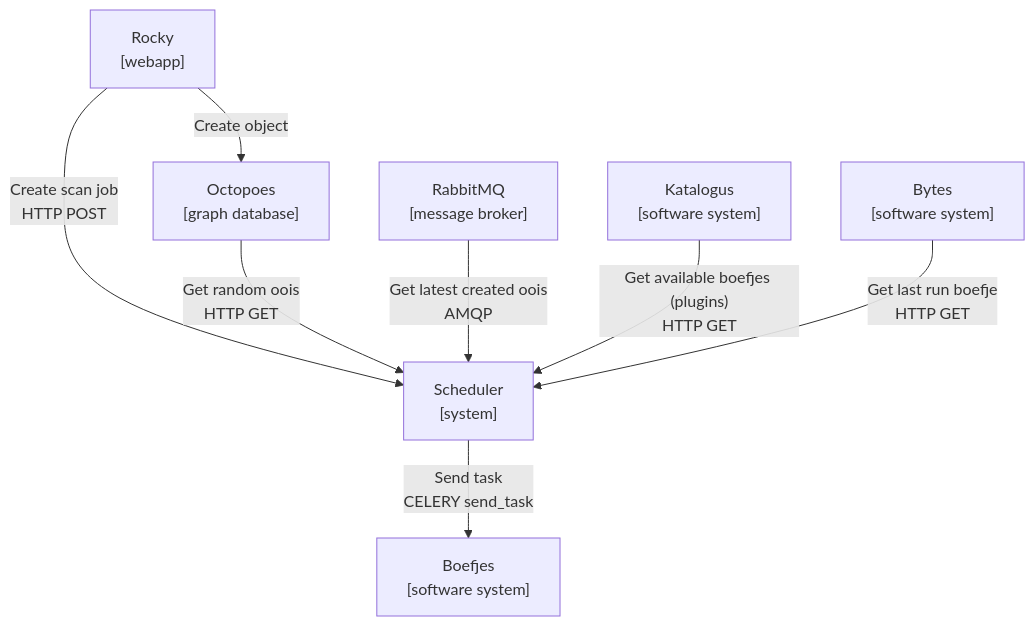
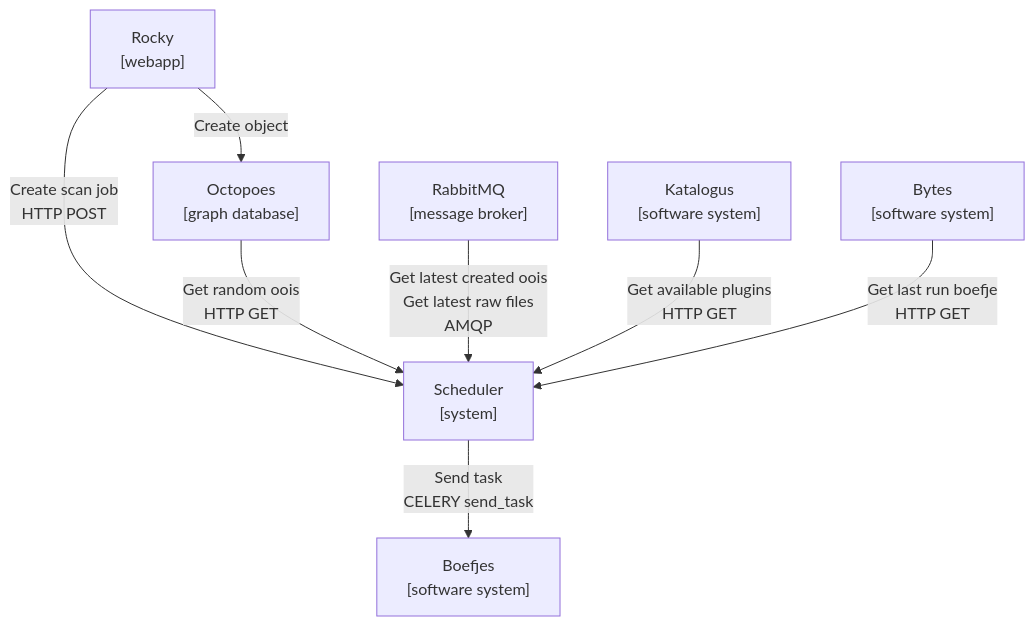
Before and after one commit to minvws/nl-kat-mula: the first of 3 diagrams in docs/design.md, drawn with Mermaid. The commit also changed other lines of this file and 1 other file, not shown here.

````diff
--- a/docs/design.md
+++ b/docs/design.md
@@ -38,23 +38,23 @@
 ```mermaid
 graph TB
     
     Rocky["Rocky<br/>[webapp]"]
     Octopoes["Octopoes<br/>[graph database]"]
     Katalogus["Katalogus<br/>[software system]"]
     Bytes["Bytes<br/>[software system]"]
     Boefjes["Boefjes<br/>[software system]"]
     Scheduler["Scheduler<br/>[system]"]
     RabbitMQ["RabbitMQ<br/>[message broker]"]
 
     Rocky--"Create object"-->Octopoes
     Rocky--"Create scan job<br/>HTTP POST"--->Scheduler
 
     Octopoes--"Get random oois<br/>HTTP GET"-->Scheduler
 
-    RabbitMQ--"Get latest created oois<br/>AMQP"-->Scheduler
+    RabbitMQ--"Get latest created oois<br/>Get latest raw files<br/>AMQP"-->Scheduler
 
-    Katalogus--"Get available boefjes (plugins)<br/>HTTP GET"-->Scheduler
+    Katalogus--"Get available plugins<br/>HTTP GET"-->Scheduler
     Bytes--"Get last run boefje<br/>HTTP GET"-->Scheduler
 
     Scheduler--"Send task<br/>CELERY send_task"-->Boefjes
 ```
````
